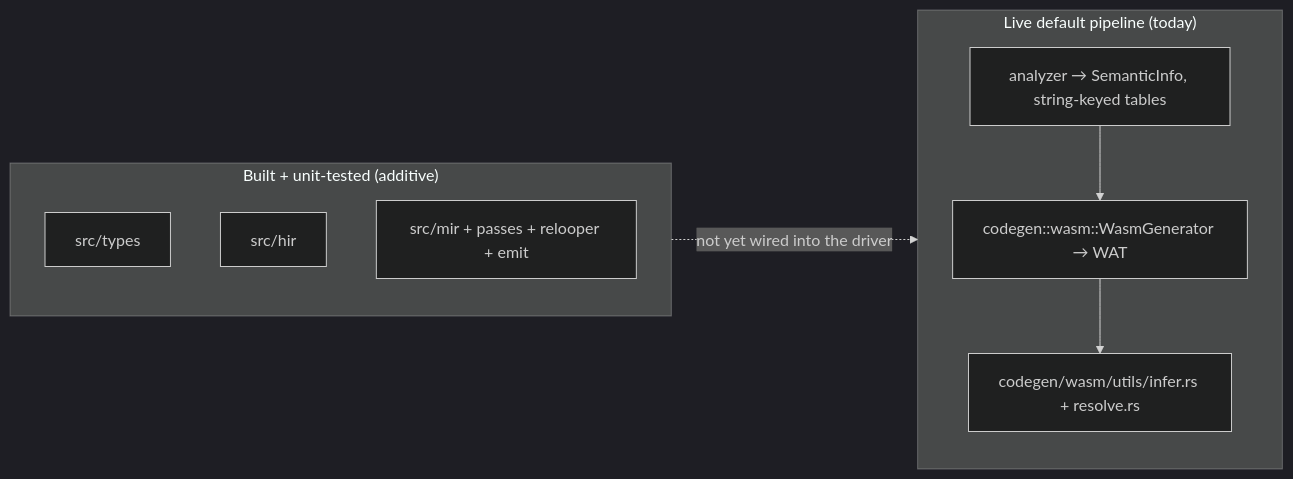
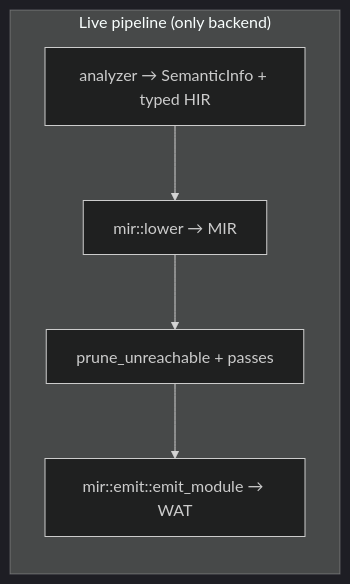
Before and after one commit to sps014/MinLang: the first of 3 diagrams in design/compiler/09-migration-status.md, drawn with Mermaid (dark theme). The commit also changed other lines of this file and 16 other files, not shown here.

First line of the commit message:
refactor: finalize transition to MIR backend and remove legacy components

````diff
--- a/design/compiler/09-migration-status.md
+++ b/design/compiler/09-migration-status.md
@@ -9,16 +9,10 @@
 ```mermaid
 flowchart LR
-    subgraph Built["Built + unit-tested (additive)"]
-      T[src/types]
-      H[src/hir]
-      M[src/mir + passes + relooper + emit]
+    subgraph Live["Live pipeline (only backend)"]
+      AN[analyzer → SemanticInfo + typed HIR]
+      LO[mir::lower → MIR]
+      PA[prune_unreachable + passes]
+      EM[mir::emit::emit_module → WAT]
     end
-    subgraph Live["Live default pipeline (today)"]
-      AN[analyzer → SemanticInfo, string-keyed tables]
-      LG[codegen::wasm::WasmGenerator → WAT]
-      INF[codegen/wasm/utils/infer.rs + resolve.rs]
-    end
-    AN --> LG
-    LG --> INF
-    Built -.not yet wired into the driver.-> Live
+    AN --> LO --> PA --> EM
 ```
````
